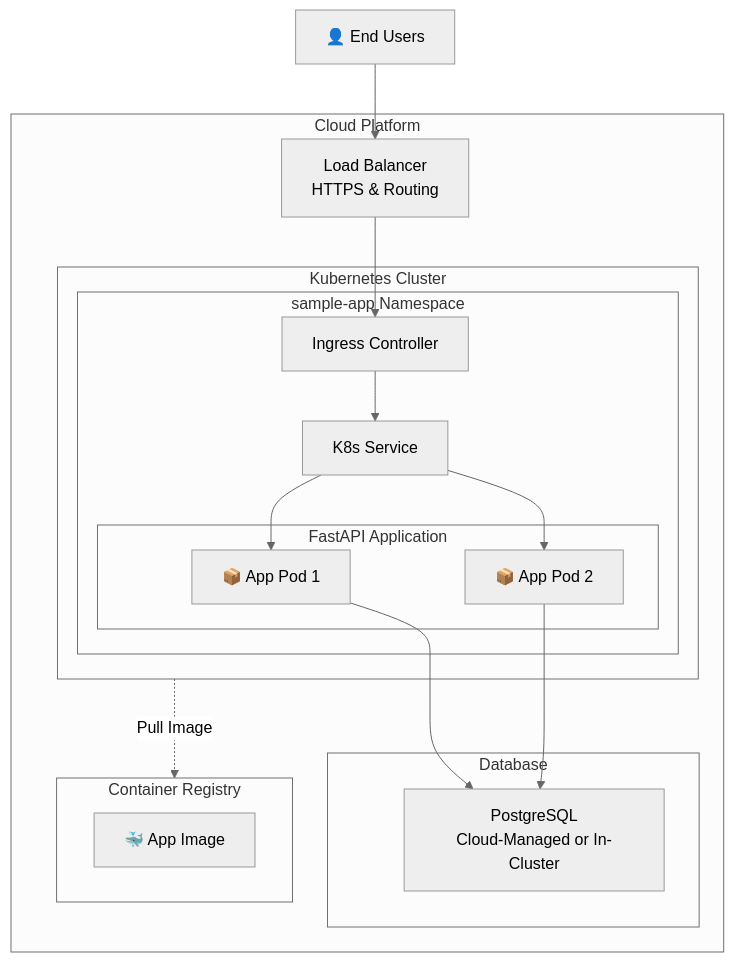
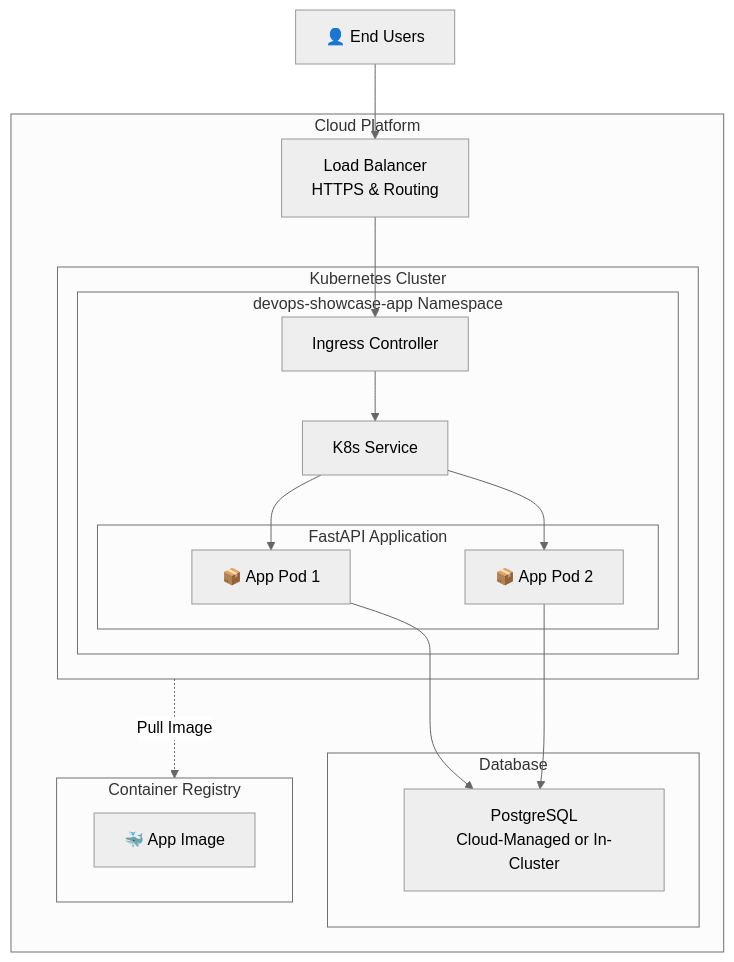
The diagram in README.md (Roberdvs/devops-showcase-app), drawn with Mermaid (neutral theme) before and after one commit. The commit also changed other lines of this file and 11 other files, not shown here.

````diff
--- a/README.md
+++ b/README.md
@@ -157,36 +155,36 @@
 ```mermaid
 graph TB
     User[👤 End Users] --> ALB
 
     subgraph Cloud["Cloud Platform"]
         ALB[Load Balancer<br/>HTTPS & Routing]
 
         subgraph K8s["Kubernetes Cluster"]
-            subgraph Namespace["sample-app Namespace"]
+            subgraph Namespace["devops-showcase-app Namespace"]
                 subgraph App["FastAPI Application"]
                     Pod1[📦 App Pod 1]
                     Pod2[📦 App Pod 2]
                 end
                 Ingress[Ingress Controller]
                 Service[K8s Service]
             end
         end
 
         subgraph Database["Database"]
             DB[PostgreSQL<br/>Cloud-Managed or In-Cluster]
         end
 
         subgraph Registry["Container Registry"]
             Image[🐳 App Image]
         end
     end
 
     ALB --> Ingress
     Ingress --> Service
     Service --> Pod1
     Service --> Pod2
     Pod1 --> DB
     Pod2 --> DB
 
     K8s -.->|Pull Image| Registry
 ```
````
